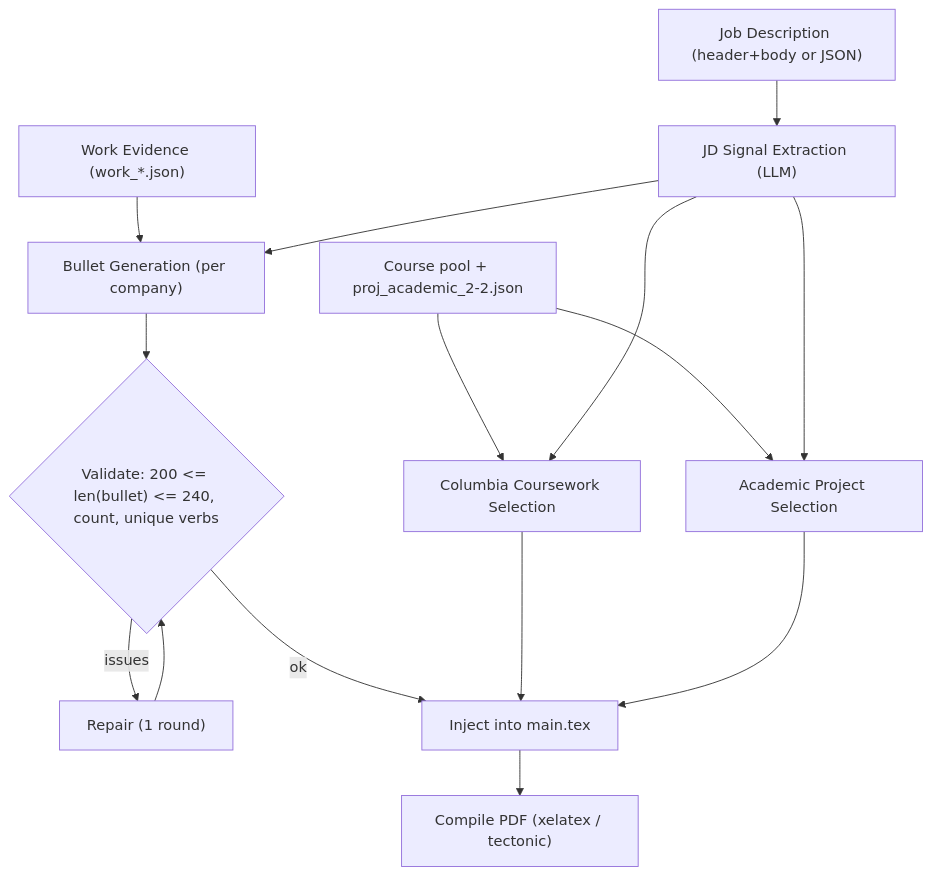
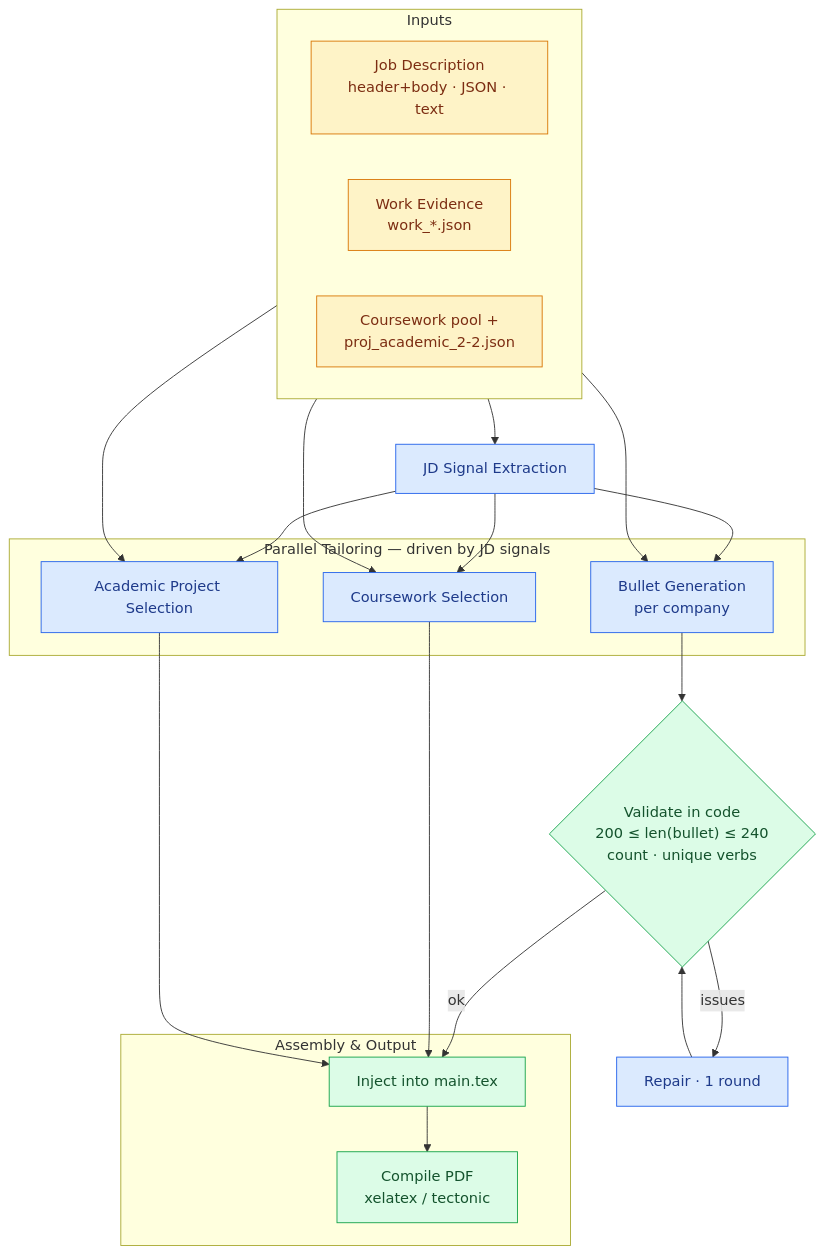
Before and after one commit to nniishhh/ats-resume-builder: the diagram in README.md, drawn with Mermaid. The commit also changed other lines of this file, not shown here.

Commit message:
docs: improve architecture diagram with grouped stages and color-coding
Group the flowchart into Inputs / Parallel Tailoring / Assembly subgraphs,
color-code nodes by type (LLM / code / I/O) with a legend, and use fan-out
edges to make the parallel branches clearer.

````diff
--- a/README.md
+++ b/README.md
@@ -20,17 +20,43 @@
 ```mermaid
 flowchart TD
-    JD["Job Description (header+body or JSON)"] --> SUM["JD Signal Extraction (LLM)"]
-    EV["Work Evidence (work_*.json)"] --> GEN["Bullet Generation (per company)"]
-    POOL["Course pool + proj_academic_2-2.json"] --> CRS["Columbia Coursework Selection"]
-    POOL --> ACA["Academic Project Selection"]
-    SUM --> GEN
-    SUM --> CRS
-    SUM --> ACA
-    GEN --> VAL{"Validate: 200 <= len(bullet) <= 240, count, unique verbs"}
-    VAL -->|"issues"| REP["Repair (1 round)"]
+    subgraph IN[" Inputs "]
+        direction LR
+        JD["Job Description<br/>header+body · JSON · text"]
+        EV["Work Evidence<br/>work_*.json"]
+        POOL["Coursework pool +<br/>proj_academic_2-2.json"]
+    end
+
+    JD --> SUM["JD Signal Extraction"]
+
+    subgraph PAR[" Parallel Tailoring — driven by JD signals "]
+        GEN["Bullet Generation<br/>per company"]
+        CRS["Coursework Selection"]
+        ACA["Academic Project Selection"]
+    end
+
+    SUM --> GEN & CRS & ACA
+    EV --> GEN
+    POOL --> CRS & ACA
+
+    GEN --> VAL{"Validate in code<br/>200 ≤ len(bullet) ≤ 240<br/>count · unique verbs"}
+    VAL -->|"issues"| REP["Repair · 1 round"]
     REP --> VAL
-    VAL -->|"ok"| TEX["Inject into main.tex"]
+
+    subgraph OUT[" Assembly & Output "]
+        TEX["Inject into main.tex"]
+        PDF["Compile PDF<br/>xelatex / tectonic"]
+    end
+
+    VAL -->|"ok"| TEX
     CRS --> TEX
     ACA --> TEX
-    TEX --> PDF["Compile PDF (xelatex / tectonic)"]
+    TEX --> PDF
+
+    classDef llm fill:#dbeafe,stroke:#2563eb,color:#1e3a8a;
+    classDef code fill:#dcfce7,stroke:#16a34a,color:#14532d;
+    classDef io fill:#fef3c7,stroke:#d97706,color:#7c2d12;
+
+    class SUM,GEN,CRS,ACA,REP llm
+    class VAL,TEX,PDF code
+    class JD,EV,POOL io
 ```
````
